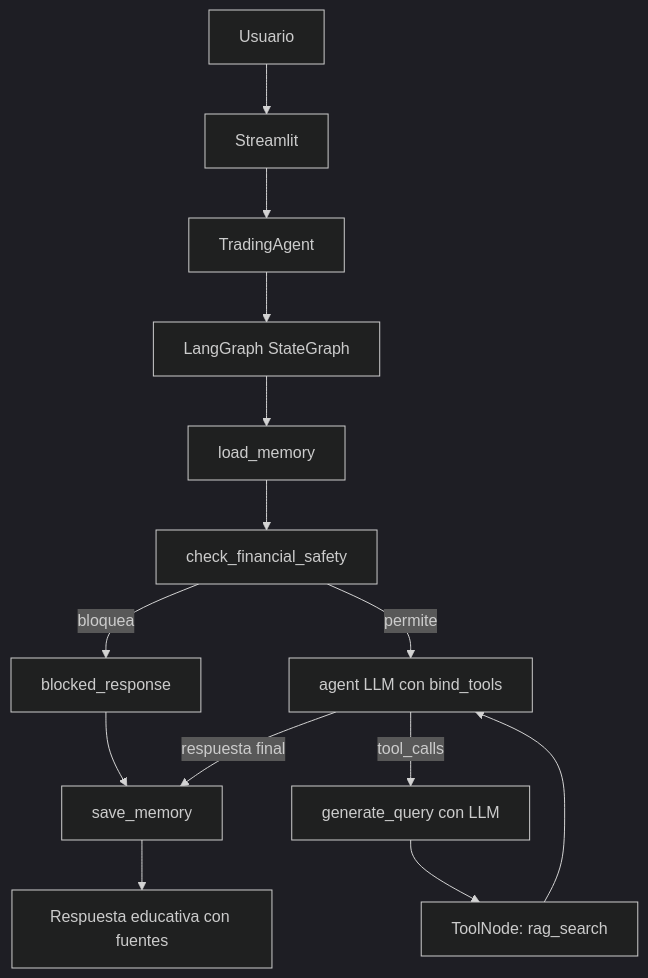
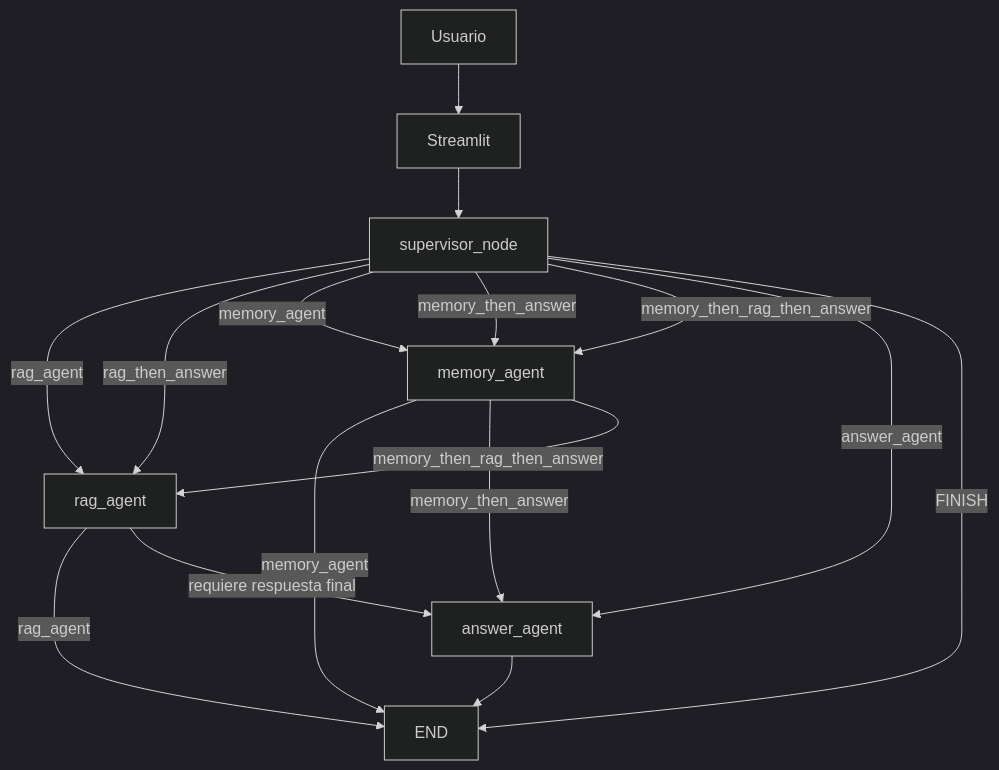
One commit to Fergchis/NaviRag_Trading changed the first of 2 diagrams in README.md. Above: the diagram before and after it, drawn with Mermaid (dark theme). The commit also changed other lines of this file and 9 other files, not shown here.

````diff
--- a/README.md
+++ b/README.md
@@ -21,16 +13,20 @@
 ```mermaid
 flowchart TD
-    U[Usuario] --> S[Streamlit]
-    S --> A[TradingAgent]
-    A --> G[LangGraph StateGraph]
-    G --> M[load_memory]
-    M --> F[check_financial_safety]
-    F -->|bloquea| B[blocked_response]
-    F -->|permite| P[agent LLM con bind_tools]
-    P -->|tool_calls| Q[generate_query con LLM]
-    Q --> R[ToolNode: rag_search]
-    R --> P
-    B --> SV[save_memory]
-    P -->|respuesta final| SV
-    SV --> O[Respuesta educativa con fuentes]
+    U[Usuario] --> UI[Streamlit]
+    UI --> S[supervisor_node]
+
+    S -->|rag_agent| R[rag_agent]
+    S -->|rag_then_answer| R
+    S -->|memory_agent| M[memory_agent]
+    S -->|memory_then_answer| M
+    S -->|memory_then_rag_then_answer| M
+    S -->|answer_agent| A[answer_agent]
+    S -->|FINISH| E[END]
+
+    M -->|memory_agent| E
+    M -->|memory_then_answer| A
+    M -->|memory_then_rag_then_answer| R
+    R -->|rag_agent| E
+    R -->|requiere respuesta final| A
+    A --> E
 ```
````
